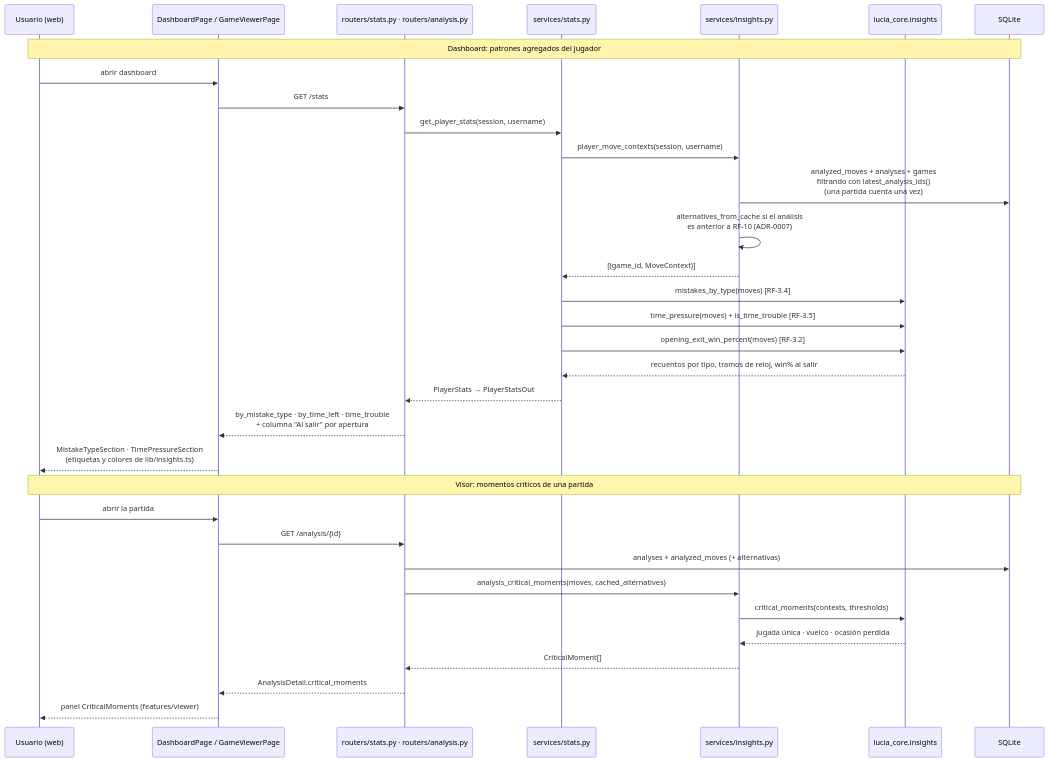
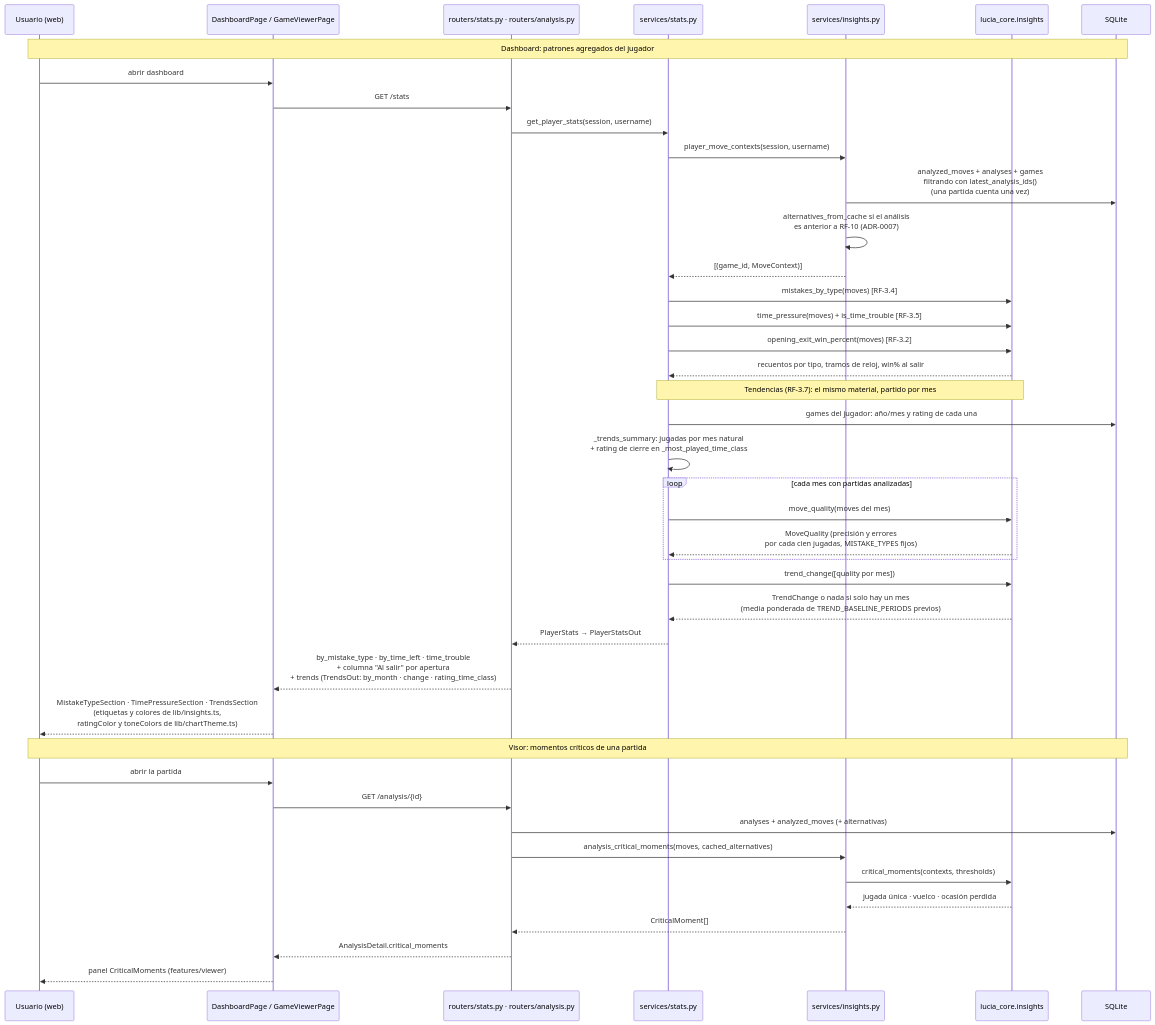
Diagram 11 of 11 in docs/06-mapa-del-proyecto.md (SirJsus/LUCIA), drawn with Mermaid before and after one commit. The commit also changed other lines of this file and 32 other files, not shown here.

````diff
--- a/docs/06-mapa-del-proyecto.md
+++ b/docs/06-mapa-del-proyecto.md
@@ -610,37 +618,48 @@
 ```mermaid
 sequenceDiagram
     participant U as Usuario (web)
     participant D as DashboardPage / GameViewerPage
     participant R as routers/stats.py · routers/analysis.py
     participant ST as services/stats.py
     participant IN as services/insights.py
     participant CI as lucia_core.insights
     participant DB as SQLite
 
     Note over U,DB: Dashboard: patrones agregados del jugador
     U->>D: abrir dashboard
     D->>R: GET /stats
     R->>ST: get_player_stats(session, username)
     ST->>IN: player_move_contexts(session, username)
     IN->>DB: analyzed_moves + analyses + games<br/>filtrando con latest_analysis_ids()<br/>(una partida cuenta una vez)
     IN->>IN: alternatives_from_cache si el análisis<br/>es anterior a RF-10 (ADR-0007)
     IN-->>ST: [(game_id, MoveContext)]
     ST->>CI: mistakes_by_type(moves) [RF-3.4]
     ST->>CI: time_pressure(moves) + is_time_trouble [RF-3.5]
     ST->>CI: opening_exit_win_percent(moves) [RF-3.2]
     CI-->>ST: recuentos por tipo, tramos de reloj, win% al salir
+
+    Note over ST,CI: Tendencias (RF-3.7): el mismo material, partido por mes
+    ST->>DB: games del jugador: año/mes y rating de cada una
+    ST->>ST: _trends_summary: jugadas por mes natural<br/>+ rating de cierre en _most_played_time_class
+    loop cada mes con partidas analizadas
+        ST->>CI: move_quality(moves del mes)
+        CI-->>ST: MoveQuality (precisión y errores<br/>por cada cien jugadas, MISTAKE_TYPES fijos)
+    end
+    ST->>CI: trend_change([quality por mes])
+    CI-->>ST: TrendChange o nada si solo hay un mes<br/>(media ponderada de TREND_BASELINE_PERIODS previos)
+
     ST-->>R: PlayerStats → PlayerStatsOut
-    R-->>D: by_mistake_type · by_time_left · time_trouble<br/>+ columna "Al salir" por apertura
-    D-->>U: MistakeTypeSection · TimePressureSection<br/>(etiquetas y colores de lib/insights.ts)
+    R-->>D: by_mistake_type · by_time_left · time_trouble<br/>+ columna "Al salir" por apertura<br/>+ trends (TrendsOut: by_month · change · rating_time_class)
+    D-->>U: MistakeTypeSection · TimePressureSection · TrendsSection<br/>(etiquetas y colores de lib/insights.ts,<br/>ratingColor y toneColors de lib/chartTheme.ts)
 
     Note over U,DB: Visor: momentos críticos de una partida
     U->>D: abrir la partida
     D->>R: GET /analysis/{id}
     R->>DB: analyses + analyzed_moves (+ alternativas)
     R->>IN: analysis_critical_moments(moves, cached_alternatives)
     IN->>CI: critical_moments(contexts, thresholds)
     CI-->>IN: jugada única · vuelco · ocasión perdida
     IN-->>R: CriticalMoment[]
     R-->>D: AnalysisDetail.critical_moments
     D-->>U: panel CriticalMoments (features/viewer)
 ```
````
